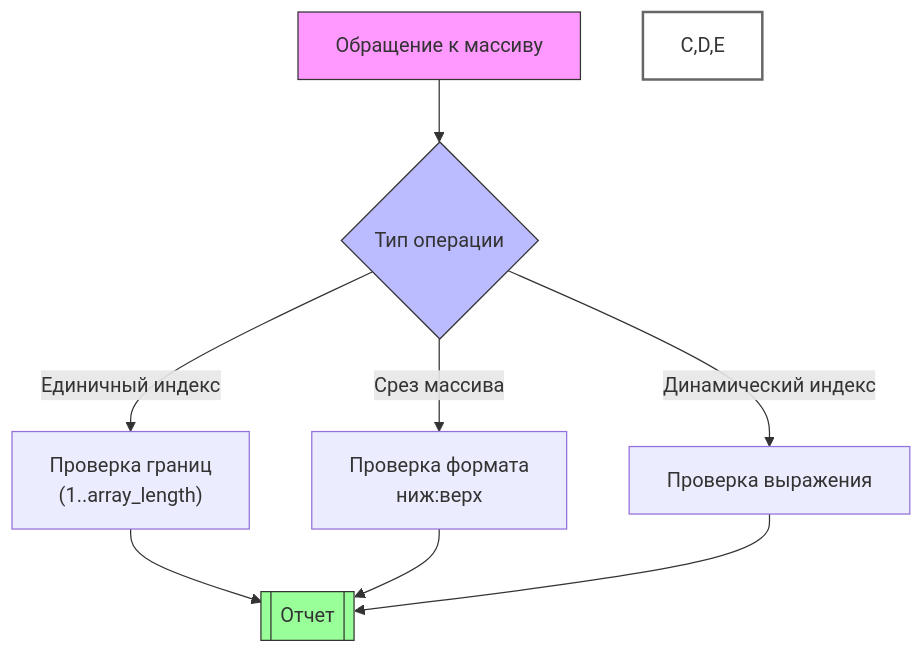
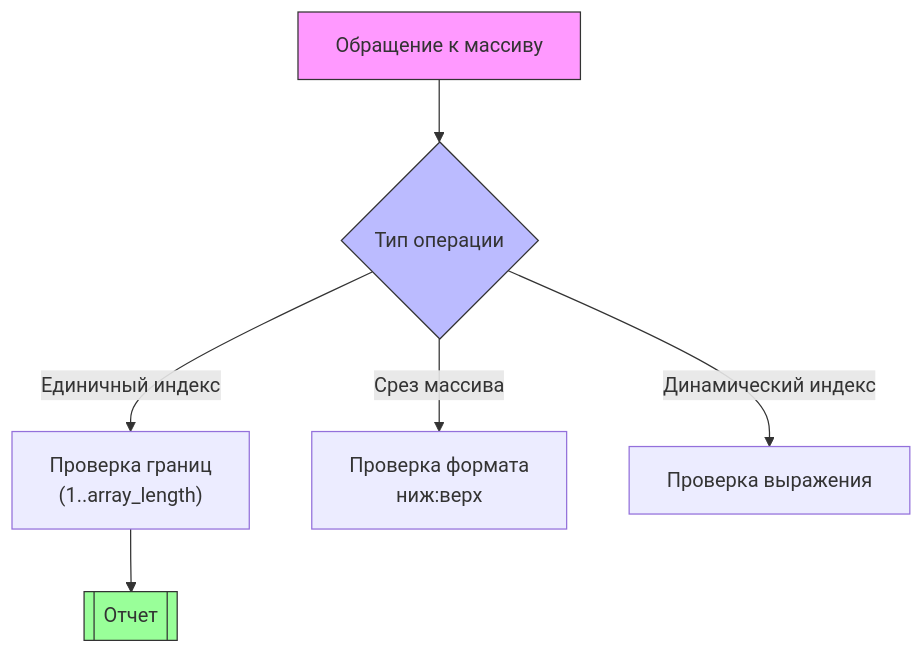
One commit to slytherin96/sonar-postgres-plugin changed the diagram in protobuf_md/A_Indices.md. Above: the diagram before and after it, drawn with Mermaid. The commit also changed other lines of this file, not shown here.

````diff
--- a/protobuf_md/A_Indices.md
+++ b/protobuf_md/A_Indices.md
@@ -172,14 +172,11 @@
 ```mermaid
 graph TD
     A[Обращение к массиву] --> B{Тип операции}
     B -->|Единичный индекс| C["Проверка границ<br>(1..array_length)"]
     B -->|Срез массива| D["Проверка формата<br>ниж:верх"]
     B -->|Динамический индекс| E["Проверка выражения"]
     C --> F[[Отчет]]
-    D --> F
-    E --> F
     style A fill:#f9f,stroke:#333
     style B fill:#bbf,stroke:#333
-    style C,D,E fill:#fff,stroke:#666,stroke-width:2px
     style F fill:#9f9,stroke:#333
 ```
````
